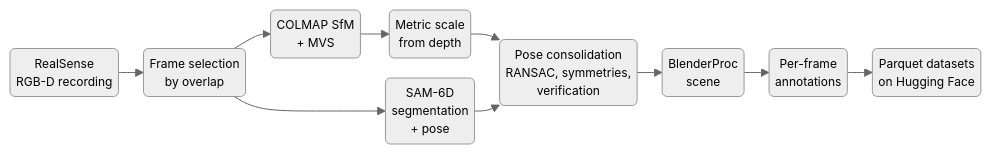
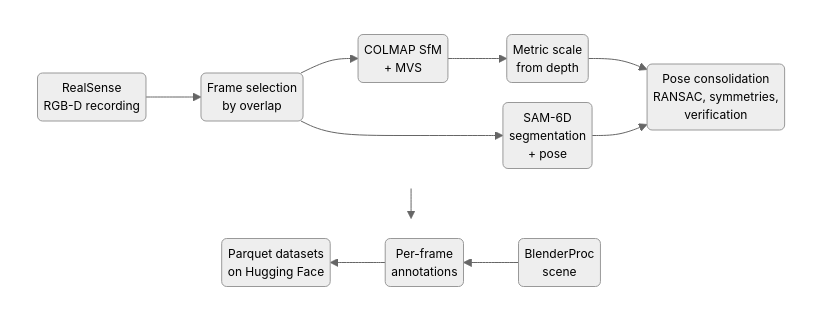
The diagram in README.md (ABC-iRobotics/Label_Factory), drawn with Mermaid before and after one commit.

Commit message:
Wrap the workflow diagram into two rows

````diff
--- a/README.md
+++ b/README.md
@@ -68,13 +68,21 @@
 ```mermaid
-%%{init: {"theme": "neutral", "themeVariables": {"fontSize": "12px"}, "flowchart": {"nodeSpacing": 20, "rankSpacing": 25, "padding": 6}}}%%
-flowchart LR
-    A("RealSense<br/>RGB-D recording") --> B("Frame selection<br/>by overlap")
-    B --> C("COLMAP SfM<br/>+ MVS")
-    C --> D("Metric scale<br/>from depth")
-    B --> E("SAM-6D<br/>segmentation<br/>+ pose")
-    D --> F("Pose consolidation<br/>RANSAC, symmetries,<br/>verification")
-    E --> F
-    F --> G("BlenderProc<br/>scene")
-    G --> H("Per-frame<br/>annotations")
-    H --> I("Parquet datasets<br/>on Hugging Face")
+%%{init: {"theme": "neutral", "themeVariables": {"fontSize": "12px"}, "flowchart": {"nodeSpacing": 20, "rankSpacing": 30, "padding": 6}}}%%
+flowchart TB
+    subgraph row1[" "]
+        direction LR
+        A("RealSense<br/>RGB-D recording") --> B("Frame selection<br/>by overlap")
+        B --> C("COLMAP SfM<br/>+ MVS")
+        C --> D("Metric scale<br/>from depth")
+        B --> E("SAM-6D<br/>segmentation<br/>+ pose")
+        D --> F("Pose consolidation<br/>RANSAC, symmetries,<br/>verification")
+        E --> F
+    end
+    subgraph row2[" "]
+        direction RL
+        G("BlenderProc<br/>scene") --> H("Per-frame<br/>annotations")
+        H --> I("Parquet datasets<br/>on Hugging Face")
+    end
+    row1 --> row2
+    style row1 fill:none,stroke:none
+    style row2 fill:none,stroke:none
 ```
````
